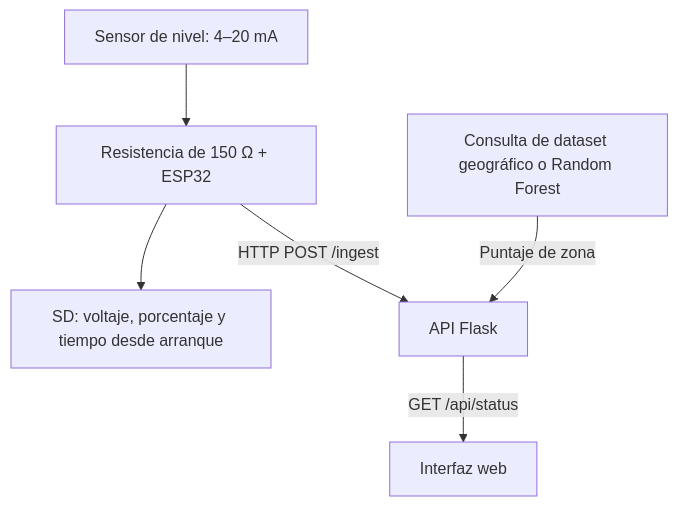
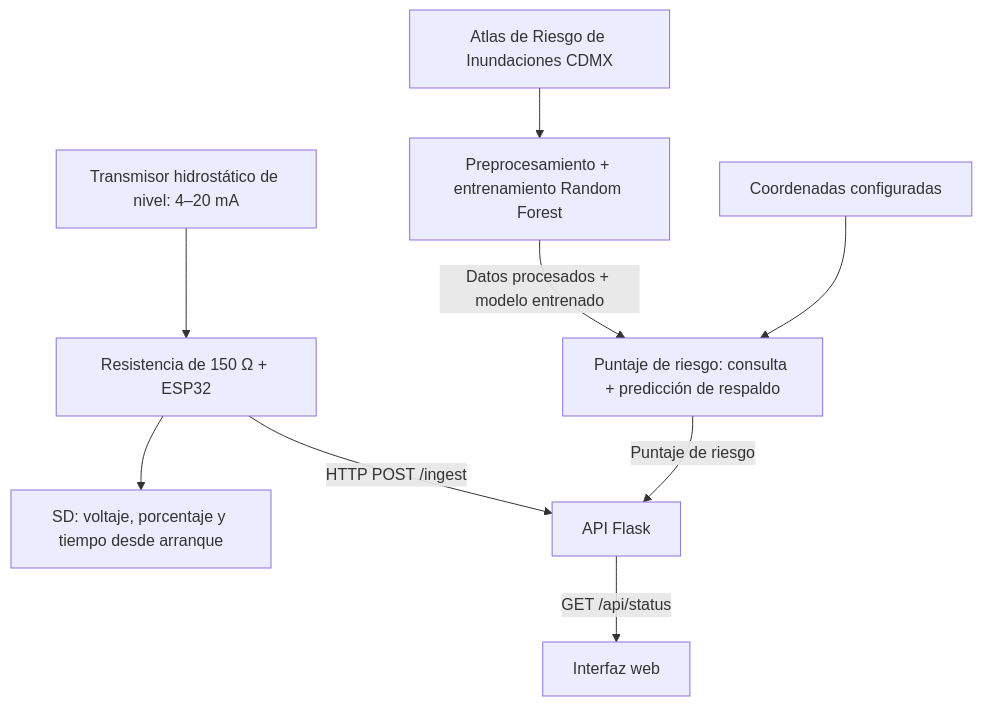
One commit to aleemireyhdz-star/TT2 changed the diagram in README.es.md. Above: the diagram before and after it, drawn with Mermaid. The commit also changed other lines of this file and 1 other file, not shown here.

````diff
--- a/README.es.md
+++ b/README.es.md
@@ -53,8 +53,11 @@
 ```mermaid
 flowchart TD
-    S["Sensor de nivel: 4–20 mA"] --> E["Resistencia de 150 Ω + ESP32"]
+    A["Atlas de Riesgo de Inundaciones CDMX"] --> P["Preprocesamiento + entrenamiento Random Forest"]
+    P -->|"Datos procesados + modelo entrenado"| R["Puntaje de riesgo: consulta + predicción de respaldo"]
+    C["Coordenadas configuradas"] --> R
+    S["Transmisor hidrostático de nivel: 4–20 mA"] --> E["Resistencia de 150 Ω + ESP32"]
     E --> D["SD: voltaje, porcentaje y tiempo desde arranque"]
     E -->|"HTTP POST /ingest"| F["API Flask"]
-    G["Consulta de dataset geográfico o Random Forest"] -->|"Puntaje de zona"| F
+    R -->|"Puntaje de riesgo"| F
     F -->|"GET /api/status"| W["Interfaz web"]
 ```
````
